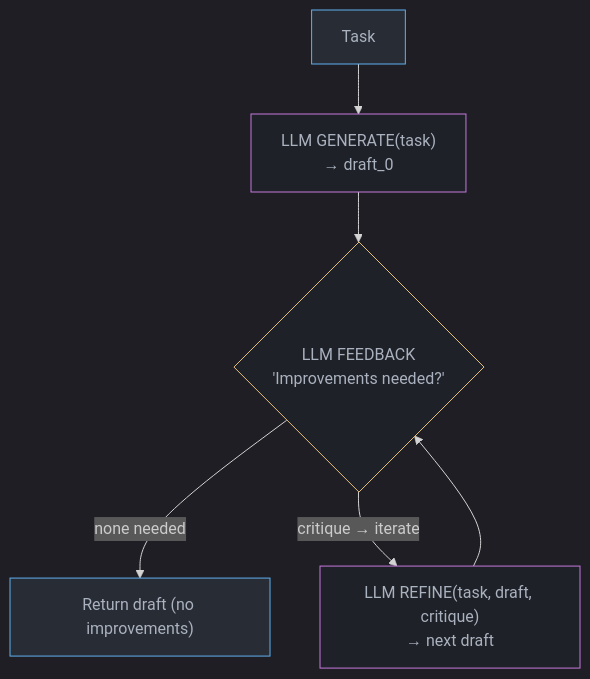
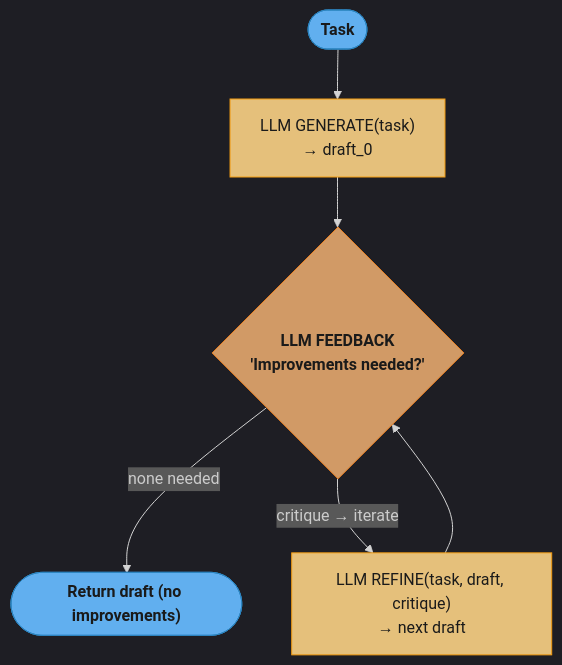
One commit to rppol/system-design changed the second of 4 diagrams in src/main/java/com/rutik/systemdesign/llm/agents_and_tool_use/reflexion_and_self_correction.md. Above: the diagram before and after it, drawn with Mermaid. The commit also changed other lines of this file and 88 other files, not shown here.

````diff
--- a/src/main/java/com/rutik/systemdesign/llm/agents_and_tool_use/reflexion_and_self_correction.md
+++ b/src/main/java/com/rutik/systemdesign/llm/agents_and_tool_use/reflexion_and_self_correction.md
@@ -108,21 +111,25 @@
 ```mermaid
 %%{init: {'flowchart': {'curve': 'basis'}, 'theme': 'dark'}}%%
 flowchart TD
-    classDef io     fill:#282c34,stroke:#61afef,color:#abb2bf
-    classDef llm    fill:#1e2127,stroke:#c678dd,color:#abb2bf
-    classDef decide fill:#1e2127,stroke:#e5c07b,color:#abb2bf
+    classDef io      fill:#61afef,stroke:#2e86c1,color:#1a1a1a,font-weight:bold
+    classDef frozen  fill:#c678dd,stroke:#9b59b6,color:#fff
+    classDef train   fill:#98c379,stroke:#27ae60,color:#1a1a1a
+    classDef mathOp  fill:#d19a66,stroke:#e67e22,color:#1a1a1a,font-weight:bold
+    classDef lossN   fill:#e06c75,stroke:#c0392b,color:#fff,font-weight:bold
+    classDef req     fill:#56b6c2,stroke:#0097a7,color:#1a1a1a
+    classDef base    fill:#e5c07b,stroke:#f39c12,color:#1a1a1a
 
-    TASK["Task"]
+    TASK(["Task"])
     GEN["LLM GENERATE(task)\n→ draft_0"]
     FB{"LLM FEEDBACK\n'Improvements needed?'"}
-    RET["Return draft (no improvements)"]
+    RET(["Return draft (no improvements)"])
     REF["LLM REFINE(task, draft, critique)\n→ next draft"]
 
     TASK --> GEN --> FB
     FB -->|"none needed"| RET
     FB -->|"critique → iterate"| REF --> FB
 
     class TASK,RET io
-    class GEN,REF llm
-    class FB decide
+    class GEN,REF base
+    class FB mathOp
 ```
````
